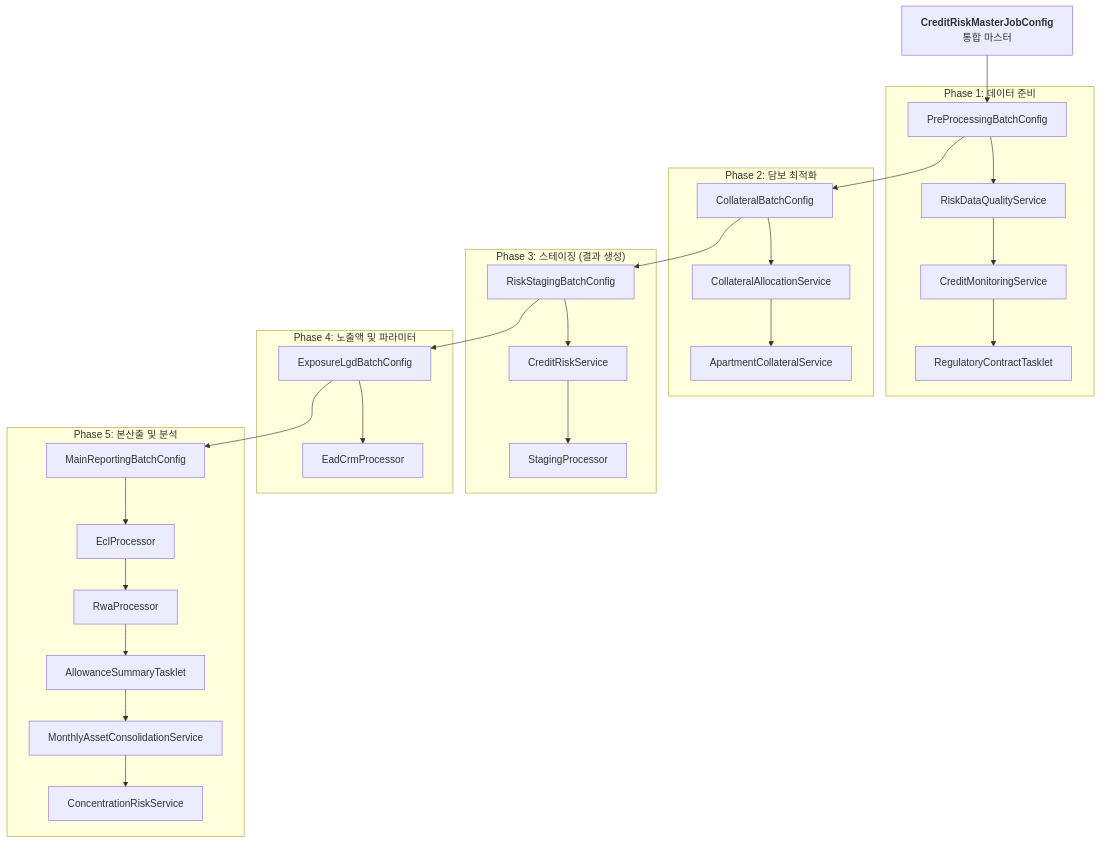
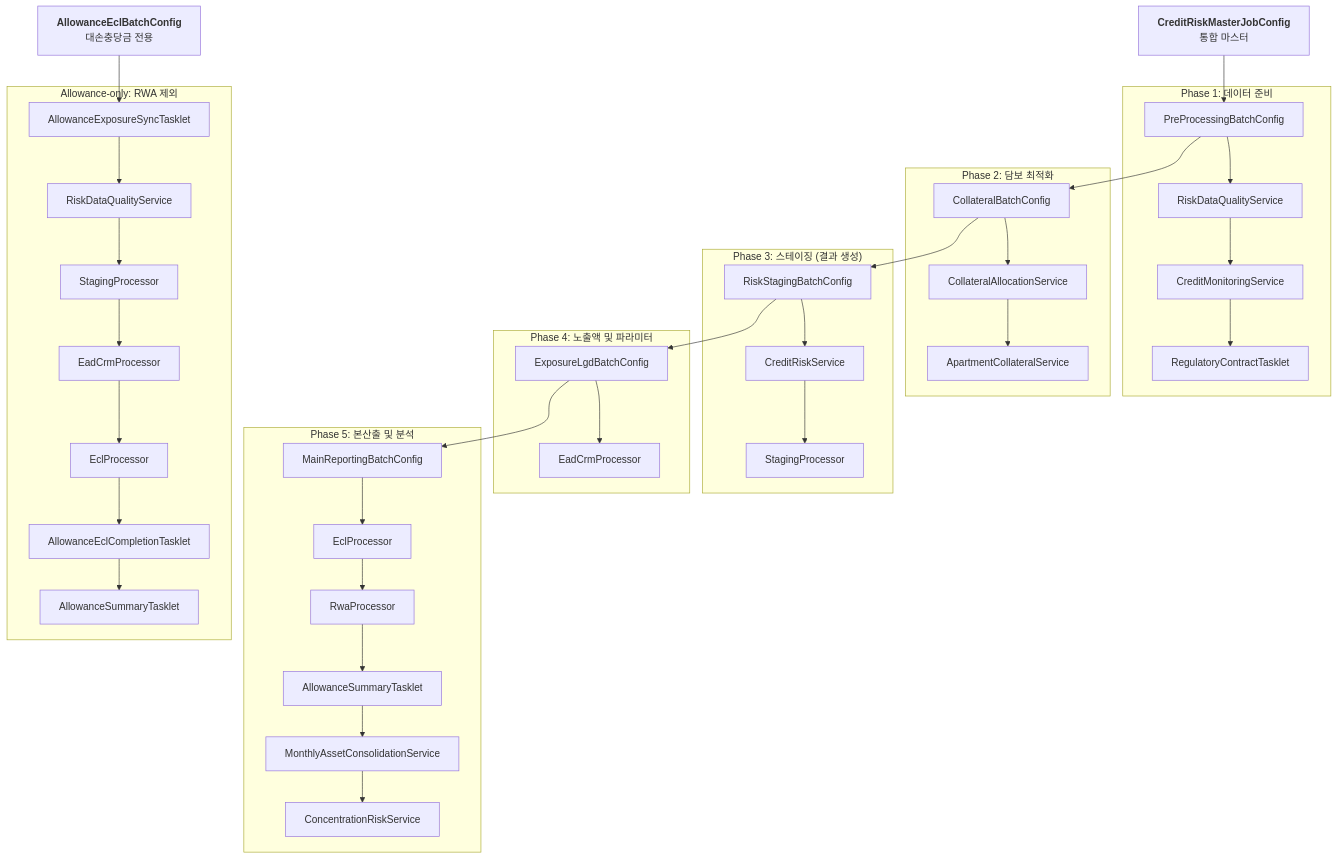
The diagram in ecl/docs/BATCH_EXECUTION_FLOW.md (skyg547/account), drawn with Mermaid before and after one commit. The commit also changed other lines of this file and 673 other files, not shown here.

````diff
--- a/ecl/docs/BATCH_EXECUTION_FLOW.md
+++ b/ecl/docs/BATCH_EXECUTION_FLOW.md
@@ -9,40 +9,50 @@
 ```mermaid
 graph TD
     Master[<b>CreditRiskMasterJobConfig</b><br/>통합 마스터] --> Job1
+    AllowanceMaster[<b>AllowanceEclBatchConfig</b><br/>대손충당금 전용] --> ASync
     
     subgraph "Phase 1: 데이터 준비"
         Job1[PreProcessingBatchConfig] --> DQ[RiskDataQualityService]
         DQ --> Mon[CreditMonitoringService]
         Mon --> Reg[RegulatoryContractTasklet]
     end
 
     Job1 --> Job2
 
     subgraph "Phase 2: 담보 최적화"
         Job2[CollateralBatchConfig] --> Alloc[CollateralAllocationService]
         Alloc --> Apt[ApartmentCollateralService]
     end
 
     Job2 --> Job3
 
     subgraph "Phase 3: 스테이징 (결과 생성)"
         Job3[RiskStagingBatchConfig] --> Prep[CreditRiskService]
         Prep --> Staging[StagingProcessor]
     end
 
     Job3 --> Job4
 
     subgraph "Phase 4: 노출액 및 파라미터"
         Job4[ExposureLgdBatchConfig] --> EadCrm[EadCrmProcessor]
     end
 
     Job4 --> Job5
 
     subgraph "Phase 5: 본산출 및 분석"
         Job5[MainReportingBatchConfig] --> ECL[EclProcessor]
         ECL --> RWA[RwaProcessor]
         RWA --> ALW[AllowanceSummaryTasklet]
         ALW --> Cons[MonthlyAssetConsolidationService]
         Cons --> HHI[ConcentrationRiskService]
     end
+
+    subgraph "Allowance-only: RWA 제외"
+        ASync[AllowanceExposureSyncTasklet] --> ADQ[RiskDataQualityService]
+        ADQ --> AStage[StagingProcessor]
+        AStage --> AEad[EadCrmProcessor]
+        AEad --> AEcl[EclProcessor]
+        AEcl --> ADone[AllowanceEclCompletionTasklet]
+        ADone --> ASummary[AllowanceSummaryTasklet]
+    end
 ```
````
